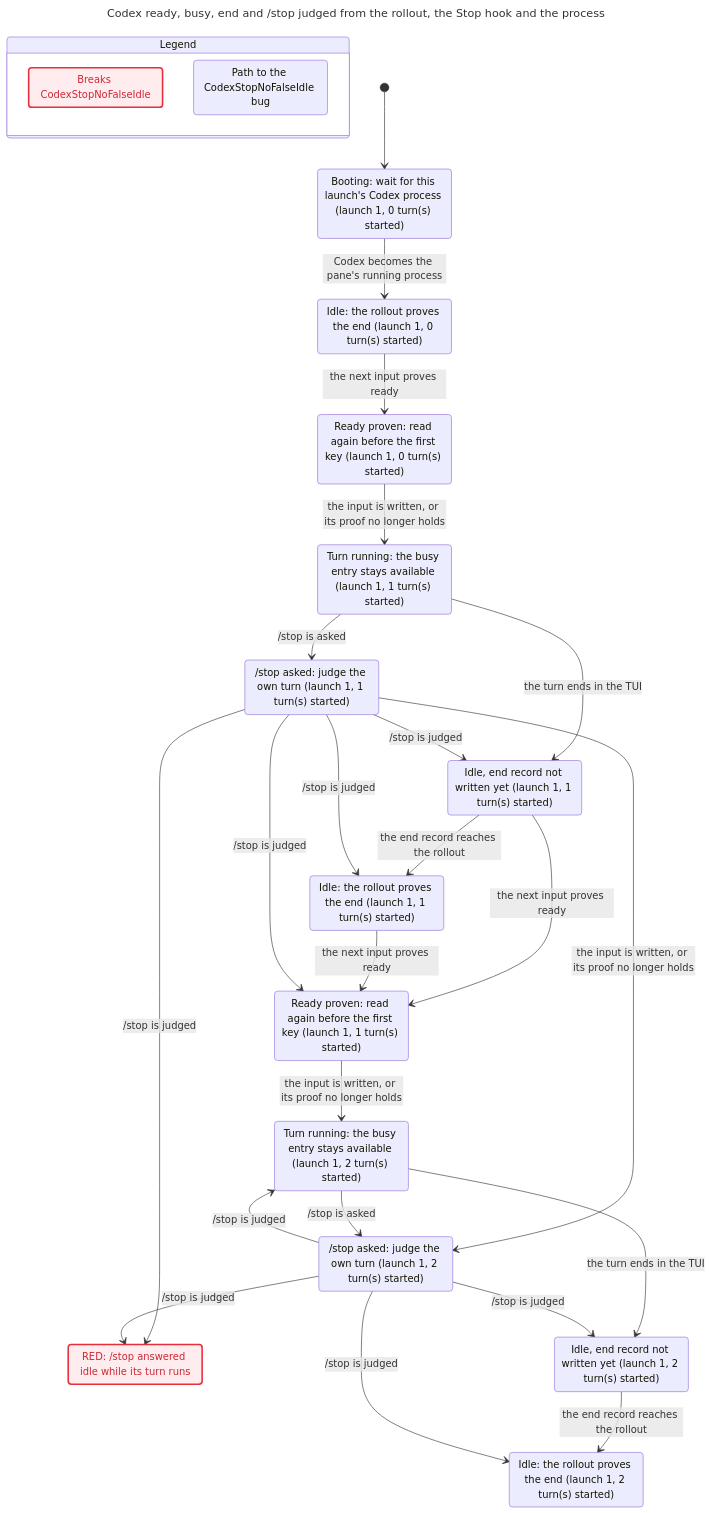
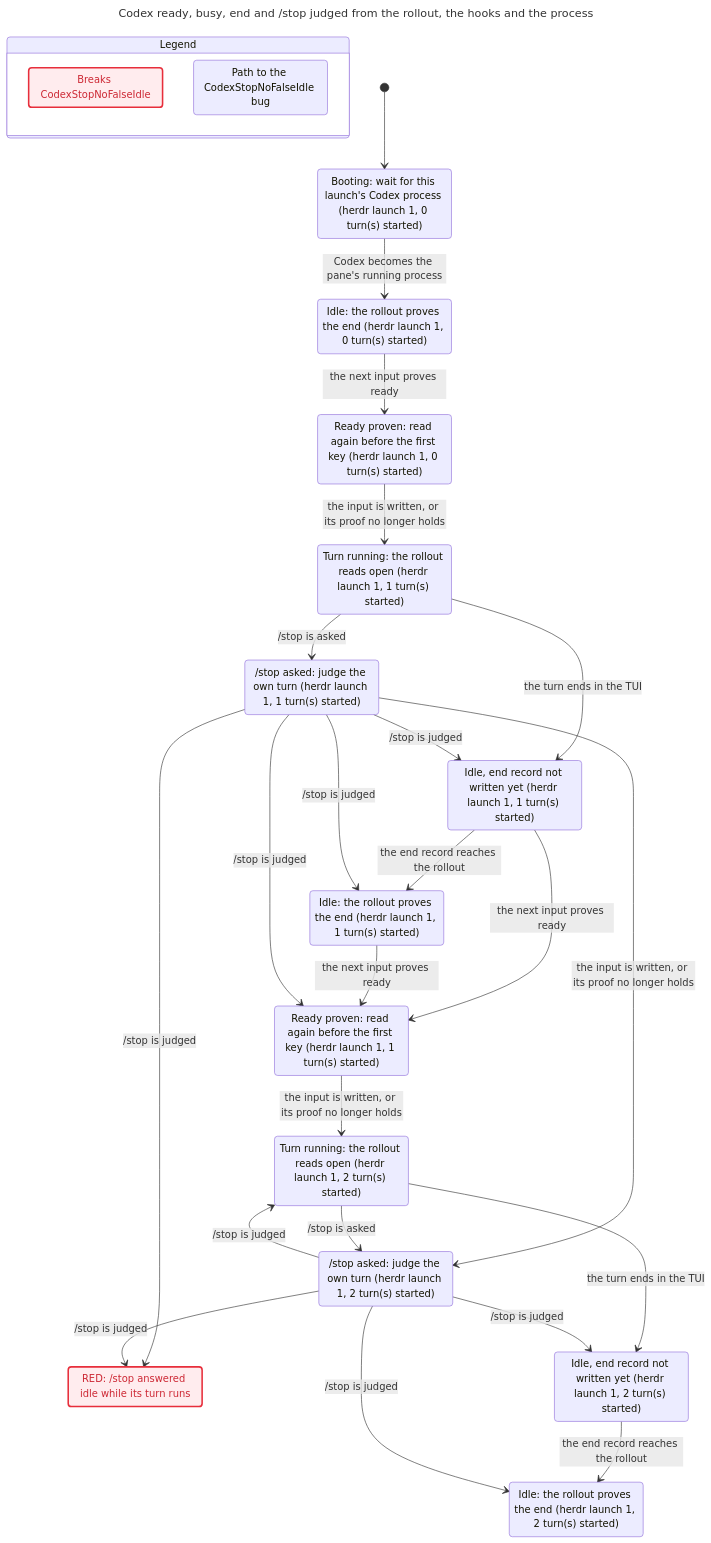
Before and after one commit to itismyfield/AgentDesk: the diagram in docs/statecharts/input-single-path/codex-readiness.stop-screen.chart.mmd, drawn with Mermaid. The commit also changed 60 other files, not shown here.

```diff
--- a/docs/statecharts/input-single-path/codex-readiness.stop-screen.chart.mmd
+++ b/docs/statecharts/input-single-path/codex-readiness.stop-screen.chart.mmd
@@ -1,53 +1,53 @@
 ---
-title: "Codex ready, busy, end and /stop judged from the rollout, the Stop hook and the process"
+title: "Codex ready, busy, end and /stop judged from the rollout, the hooks and the process"
 ---
 stateDiagram-v2
   state "Legend" as legend {
     lg0: Breaks CodexStopNoFalseIdle
     lg1: Path to the CodexStopNoFalseIdle bug
   }
   class lg0 breaks
   class lg1 bugPath
-  s0: Booting: wait for this launch's Codex process (launch 1, 0 turn(s) started)
-  s1: Idle: the rollout proves the end (launch 1, 0 turn(s) started)
-  s2: Ready proven: read again before the first key (launch 1, 0 turn(s) started)
-  s3: Turn running: the busy entry stays available (launch 1, 1 turn(s) started)
-  s4: Idle, end record not written yet (launch 1, 1 turn(s) started)
-  s5: /stop asked: judge the own turn (launch 1, 1 turn(s) started)
-  s6: Idle: the rollout proves the end (launch 1, 1 turn(s) started)
-  s7: Ready proven: read again before the first key (launch 1, 1 turn(s) started)
+  s0: Booting: wait for this launch's Codex process (herdr launch 1, 0 turn(s) started)
+  s1: Idle: the rollout proves the end (herdr launch 1, 0 turn(s) started)
+  s2: Ready proven: read again before the first key (herdr launch 1, 0 turn(s) started)
+  s3: Turn running: the rollout reads open (herdr launch 1, 1 turn(s) started)
+  s4: Idle, end record not written yet (herdr launch 1, 1 turn(s) started)
+  s5: /stop asked: judge the own turn (herdr launch 1, 1 turn(s) started)
+  s6: Idle: the rollout proves the end (herdr launch 1, 1 turn(s) started)
+  s7: Ready proven: read again before the first key (herdr launch 1, 1 turn(s) started)
   s8: RED: /stop answered idle while its turn runs
-  s9: Turn running: the busy entry stays available (launch 1, 2 turn(s) started)
-  s10: Idle, end record not written yet (launch 1, 2 turn(s) started)
-  s11: /stop asked: judge the own turn (launch 1, 2 turn(s) started)
-  s12: Idle: the rollout proves the end (launch 1, 2 turn(s) started)
+  s9: Turn running: the rollout reads open (herdr launch 1, 2 turn(s) started)
+  s10: Idle, end record not written yet (herdr launch 1, 2 turn(s) started)
+  s11: /stop asked: judge the own turn (herdr launch 1, 2 turn(s) started)
+  s12: Idle: the rollout proves the end (herdr launch 1, 2 turn(s) started)
   [*] --> s0
   s0 --> s1: Codex becomes the pane's running process
   s1 --> s2: the next input proves ready
   s2 --> s3: the input is written, or its proof no longer holds
   s3 --> s4: the turn ends in the TUI
   s3 --> s5: /stop is asked
   s4 --> s6: the end record reaches the rollout
   s4 --> s7: the next input proves ready
   s5 --> s8: /stop is judged
   s6 --> s7: the next input proves ready
   s5 --> s4: /stop is judged
   s7 --> s9: the input is written, or its proof no longer holds
   s5 --> s6: /stop is judged
   s5 --> s7: /stop is judged
   s5 --> s11: the input is written, or its proof no longer holds
   s9 --> s10: the turn ends in the TUI
   s9 --> s11: /stop is asked
   s10 --> s12: the end record reaches the rollout
   s11 --> s9: /stop is judged
   s11 --> s8: /stop is judged
   s11 --> s10: /stop is judged
   s11 --> s12: /stop is judged
   classDef breaks fill:#ffecee,stroke:#e72e3b,stroke-width:2.5px,color:#cd2834
   class s0 bugPath
   class s1 bugPath
   class s2 bugPath
   class s3 bugPath
   class s5 bugPath
   class s8 breaks
   class s8 bugPath
```
